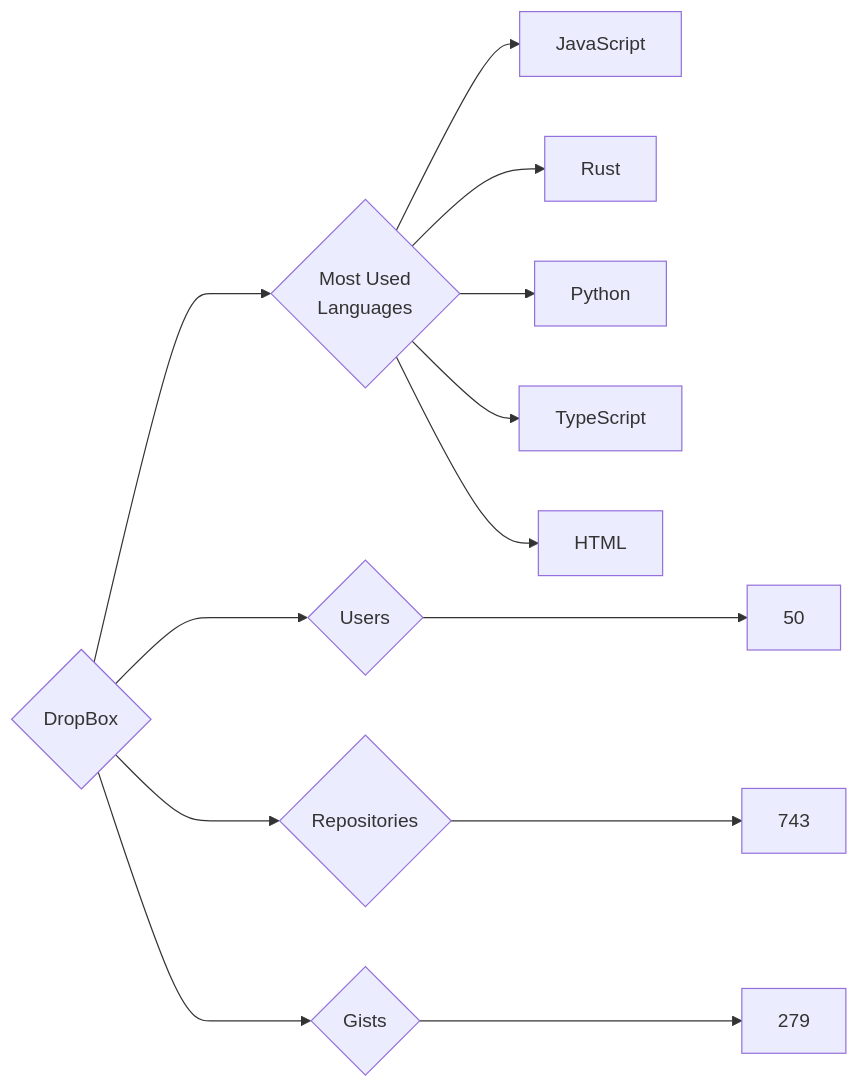
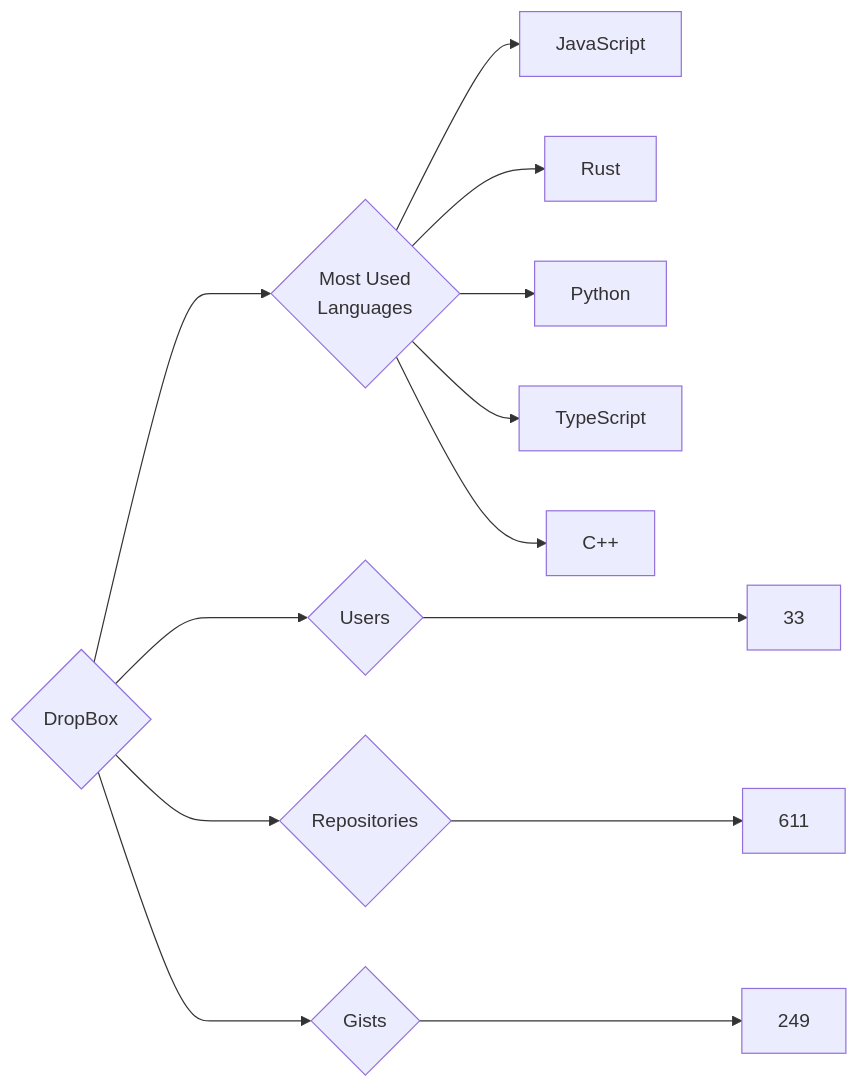
Before and after one commit to trickest/insiders: the diagram in targets/DropBox/README.md, drawn with Mermaid. The commit also changed 676 other files, not shown here.

````diff
--- a/targets/DropBox/README.md
+++ b/targets/DropBox/README.md
@@ -3,13 +3,13 @@
 ```mermaid
 graph LR
 COMPANY_NAME{DropBox}
-COMPANY_NAME ---> U{Users} ---> UN[50]
-COMPANY_NAME ---> R{Repositories} ---> RN[743]
-COMPANY_NAME ---> G{Gists} ---> GN[279]
+COMPANY_NAME ---> U{Users} ---> UN[33]
+COMPANY_NAME ---> R{Repositories} ---> RN[611]
+COMPANY_NAME ---> G{Gists} ---> GN[249]
 COMPANY_NAME ---> ML{Most Used<br>Languages}
 ML --> JavaScript[JavaScript]
 ML --> Rust[Rust]
 ML --> Python[Python]
 ML --> TypeScript[TypeScript]
-ML --> HTML[HTML]
+ML --> C++[C++]
 ```
````
